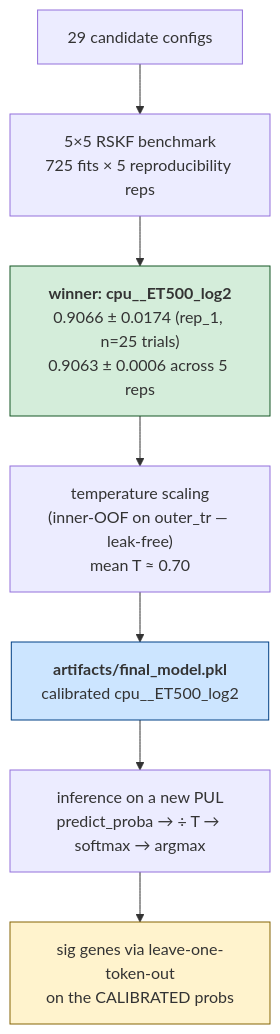
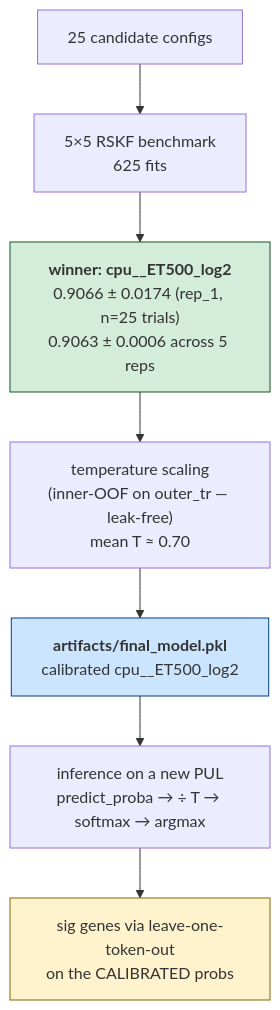
Before and after one commit to vedpiyush93-stack/subFinder_May_Release: the diagram in README.md, drawn with Mermaid. The commit also changed other lines of this file and 32 other files, not shown here.

````diff
--- a/README.md
+++ b/README.md
@@ -66,12 +66,12 @@
 ```mermaid
 flowchart TD
-    A[29 candidate configs] --> B["5×5 RSKF benchmark<br/>725 fits × 5 reproducibility reps"]
+    A[25 candidate configs] --> B["5×5 RSKF benchmark<br/>625 fits"]
     B --> C["<b>winner: cpu__ET500_log2</b><br/>0.9066 ± 0.0174 (rep_1, n=25 trials)<br/>0.9063 ± 0.0006 across 5 reps"]
     C --> D["temperature scaling<br/>(inner-OOF on outer_tr — leak-free)<br/>mean T ≈ 0.70"]
     D --> E["<b>artifacts/final_model.pkl</b><br/>calibrated cpu__ET500_log2"]
     E --> F["inference on a new PUL<br/>predict_proba → ÷ T → softmax → argmax"]
     F --> G["sig genes via leave-one-token-out<br/>on the CALIBRATED probs"]
     style C fill:#d4edda,stroke:#155724
     style E fill:#cce5ff,stroke:#004085
     style G fill:#fff3cd,stroke:#856404
 ```
````
